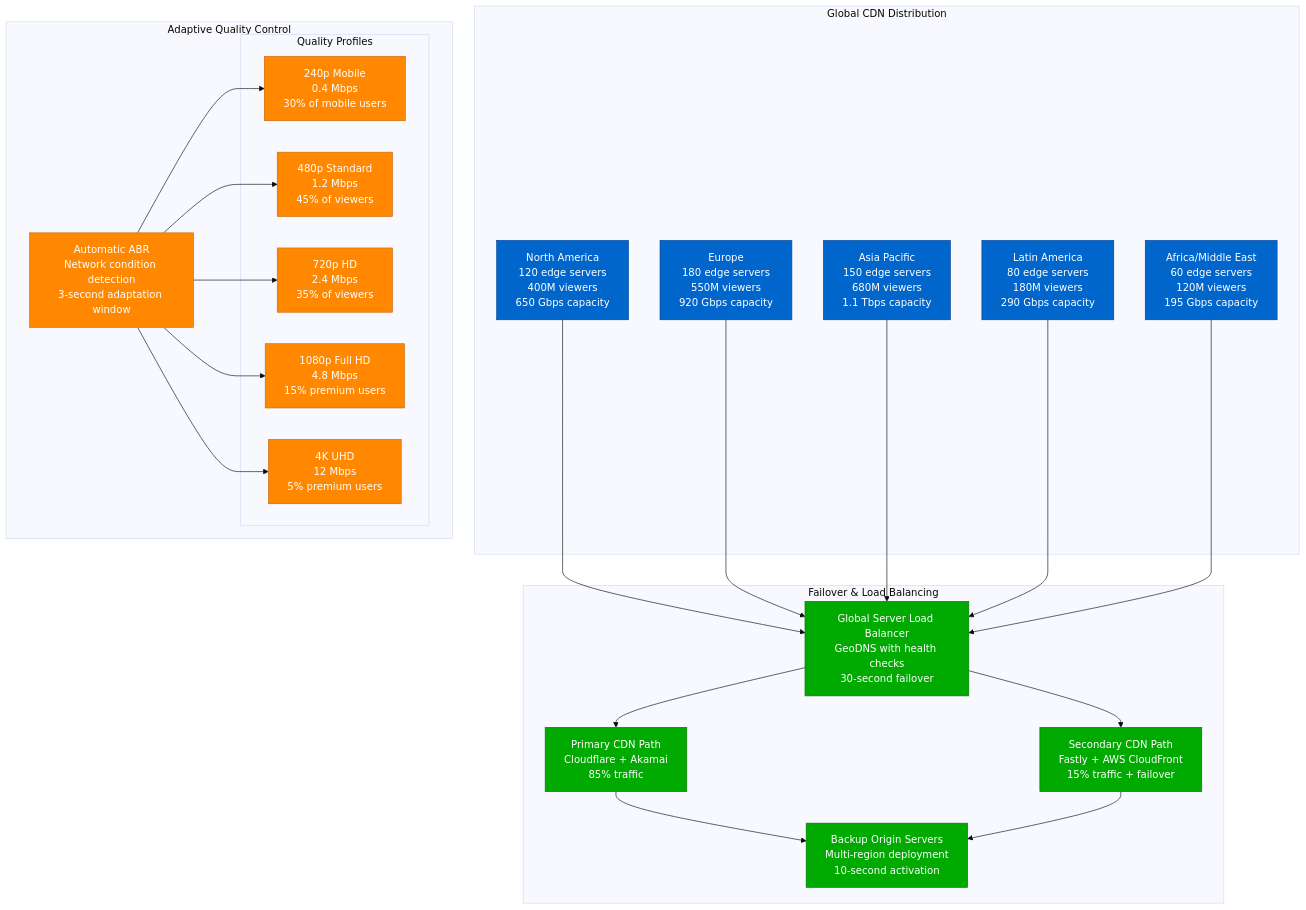
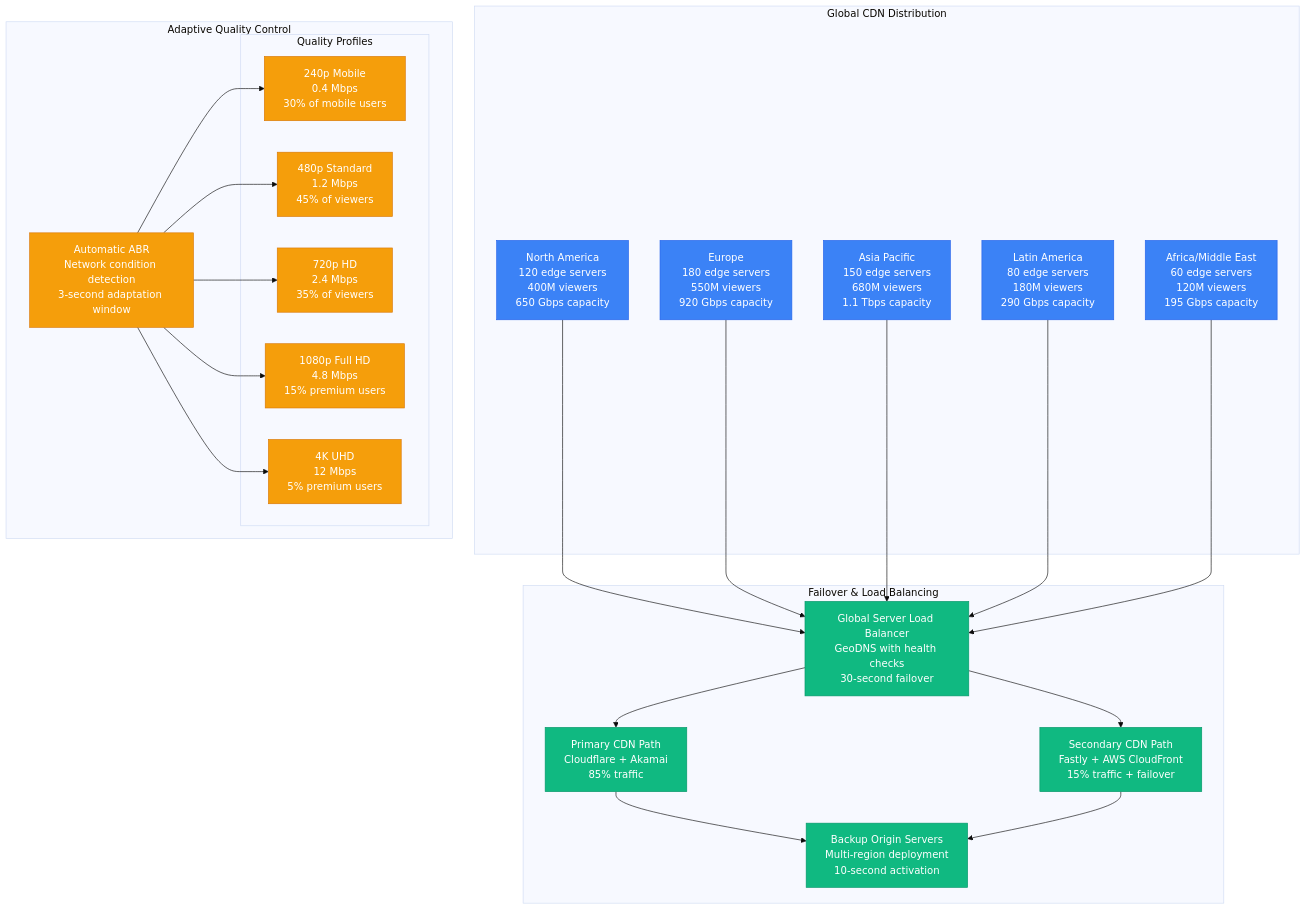
One commit to deepaucksharma/DS changed the second of 4 diagrams in site/docs/capacity/world-cup-streaming-capacity.md. Above: the diagram before and after it, drawn with Mermaid (base theme). The commit also changed other lines of this file and 187 other files, not shown here.

````diff
--- a/site/docs/capacity/world-cup-streaming-capacity.md
+++ b/site/docs/capacity/world-cup-streaming-capacity.md
@@ -281,59 +281,59 @@
 ```mermaid
 graph TB
     subgraph GlobalRegions[Global CDN Distribution]
         NA[North America<br/>120 edge servers<br/>400M viewers<br/>650 Gbps capacity]
         EU[Europe<br/>180 edge servers<br/>550M viewers<br/>920 Gbps capacity]
         ASIA[Asia Pacific<br/>150 edge servers<br/>680M viewers<br/>1.1 Tbps capacity]
         LATAM[Latin America<br/>80 edge servers<br/>180M viewers<br/>290 Gbps capacity]
         AFRICA[Africa/Middle East<br/>60 edge servers<br/>120M viewers<br/>195 Gbps capacity]
     end
 
     subgraph FailoverLogic[Failover & Load Balancing]
         GSLB[Global Server Load Balancer<br/>GeoDNS with health checks<br/>30-second failover]
 
         PRIMARY[Primary CDN Path<br/>Cloudflare + Akamai<br/>85% traffic]
         SECONDARY[Secondary CDN Path<br/>Fastly + AWS CloudFront<br/>15% traffic + failover]
 
         BACKUP[Backup Origin Servers<br/>Multi-region deployment<br/>10-second activation]
     end
 
     subgraph QualityAdaptation[Adaptive Quality Control]
         AUTO_ABR[Automatic ABR<br/>Network condition detection<br/>3-second adaptation window]
 
         subgraph QualityLevels[Quality Profiles]
             Q_240[240p Mobile<br/>0.4 Mbps<br/>30% of mobile users]
             Q_480[480p Standard<br/>1.2 Mbps<br/>45% of viewers]
             Q_720[720p HD<br/>2.4 Mbps<br/>35% of viewers]
             Q_1080[1080p Full HD<br/>4.8 Mbps<br/>15% premium users]
             Q_4K[4K UHD<br/>12 Mbps<br/>5% premium users]
         end
     end
 
     %% Regional traffic flow
     NA --> GSLB
     EU --> GSLB
     ASIA --> GSLB
     LATAM --> GSLB
     AFRICA --> GSLB
 
     %% Load balancer decisions
     GSLB --> PRIMARY
     GSLB --> SECONDARY
     PRIMARY --> BACKUP
     SECONDARY --> BACKUP
 
     %% Quality adaptation
     AUTO_ABR --> Q_240
     AUTO_ABR --> Q_480
     AUTO_ABR --> Q_720
     AUTO_ABR --> Q_1080
     AUTO_ABR --> Q_4K
 
-    classDef regionStyle fill:#0066CC,stroke:#004499,color:#fff
-    classDef failoverStyle fill:#00AA00,stroke:#007700,color:#fff
-    classDef qualityStyle fill:#FF8800,stroke:#CC6600,color:#fff
+    classDef regionStyle fill:#3B82F6,stroke:#2563EB,color:#fff
+    classDef failoverStyle fill:#10B981,stroke:#059669,color:#fff
+    classDef qualityStyle fill:#F59E0B,stroke:#D97706,color:#fff
 
     class NA,EU,ASIA,LATAM,AFRICA regionStyle
     class GSLB,PRIMARY,SECONDARY,BACKUP failoverStyle
     class AUTO_ABR,Q_240,Q_480,Q_720,Q_1080,Q_4K qualityStyle
 ```
````
